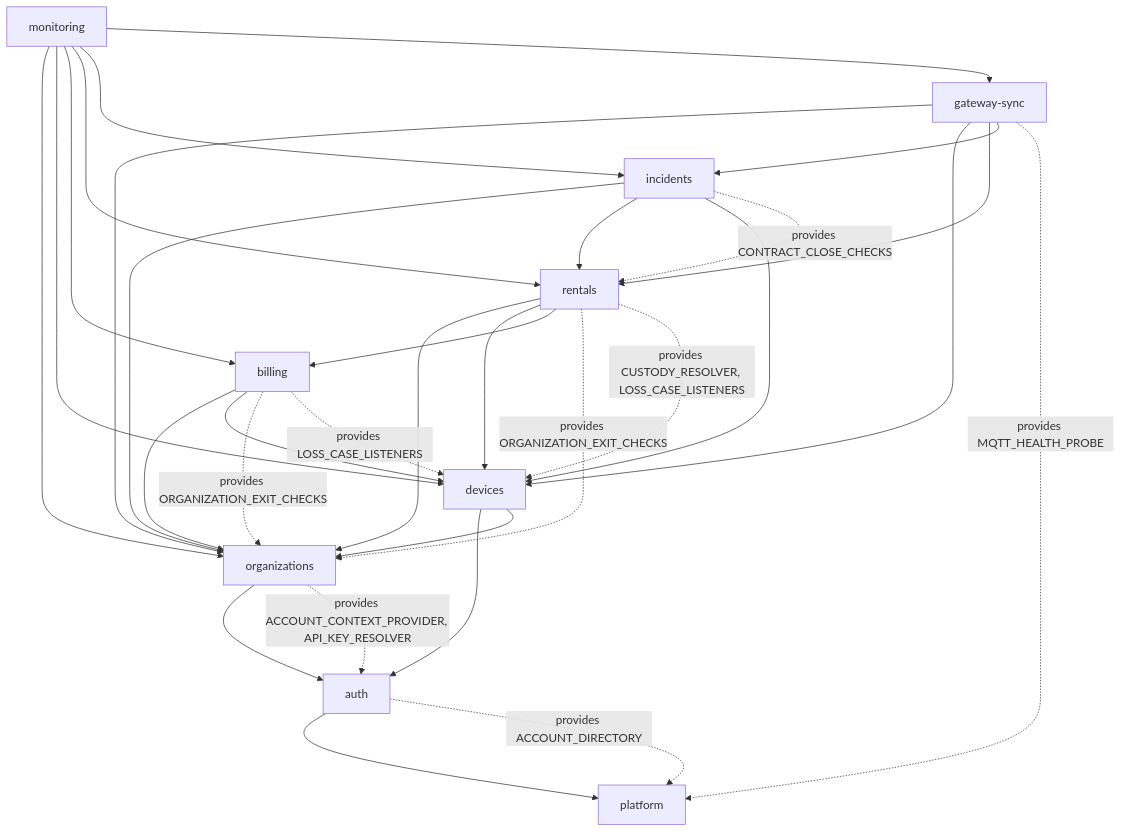
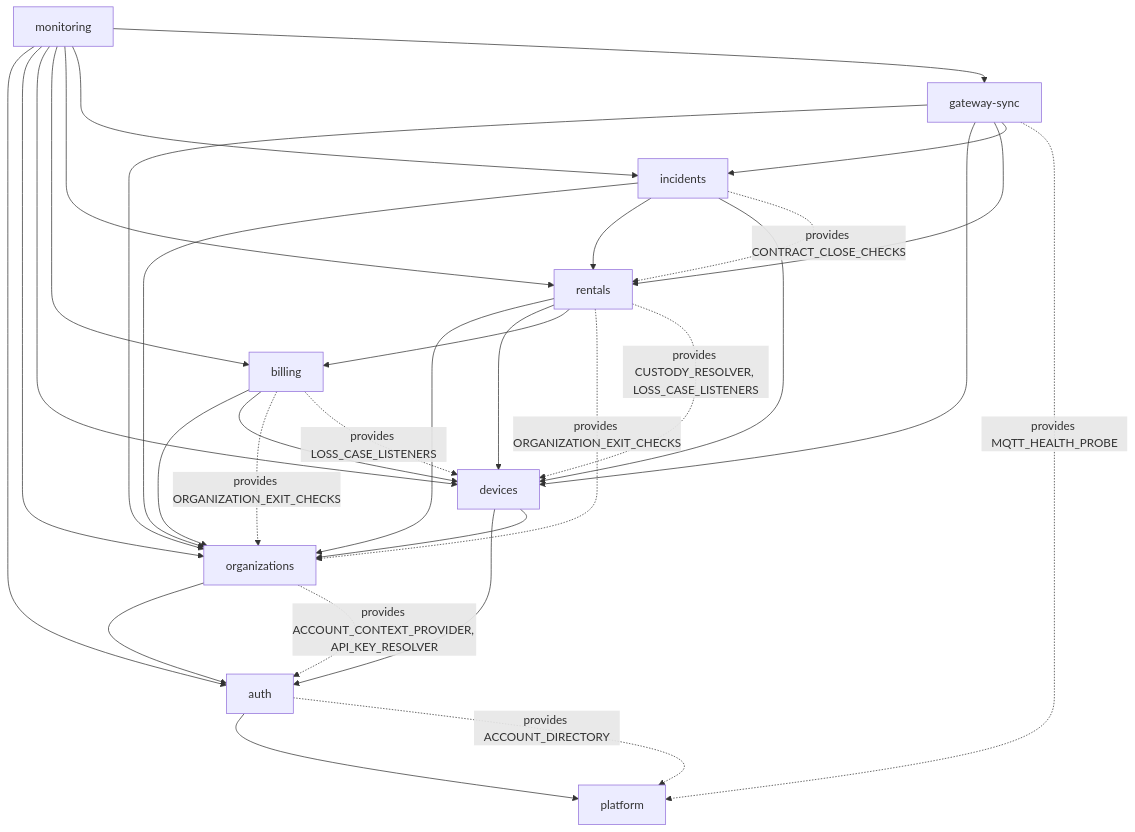
One commit to TrekLink-Team/treklink-web changed the third of 7 diagrams in specs/platform/design.md. Above: the diagram before and after it, drawn with Mermaid. The commit also changed 21 other files, not shown here.

````diff
--- a/specs/platform/design.md
+++ b/specs/platform/design.md
@@ -109,42 +109,43 @@
 ```mermaid
 flowchart TB
     PLT["platform"]
     AUTH["auth"]
     ORG["organizations"]
     DEVS["devices"]
     BILL["billing"]
     RENT["rentals"]
     INC["incidents"]
     GWS["gateway-sync"]
     MON["monitoring"]
     AUTH --> PLT
     ORG --> AUTH
     DEVS --> AUTH
     DEVS --> ORG
     BILL --> ORG
     BILL --> DEVS
     RENT --> ORG
     RENT --> DEVS
     RENT --> BILL
     INC --> ORG
     INC --> RENT
     INC --> DEVS
     GWS --> ORG
     GWS --> DEVS
     GWS --> RENT
     GWS --> INC
+    MON --> AUTH
     MON --> ORG
     MON --> DEVS
     MON --> BILL
     MON --> RENT
     MON --> INC
     MON --> GWS
     ORG -.->|"provides ACCOUNT_CONTEXT_PROVIDER, API_KEY_RESOLVER"| AUTH
     BILL -.->|"provides ORGANIZATION_EXIT_CHECKS"| ORG
     RENT -.->|"provides ORGANIZATION_EXIT_CHECKS"| ORG
     INC -.->|"provides CONTRACT_CLOSE_CHECKS"| RENT
     RENT -.->|"provides CUSTODY_RESOLVER, LOSS_CASE_LISTENERS"| DEVS
     BILL -.->|"provides LOSS_CASE_LISTENERS"| DEVS
     GWS -.->|"provides MQTT_HEALTH_PROBE"| PLT
     AUTH -.->|"provides ACCOUNT_DIRECTORY"| PLT
 ```
````
